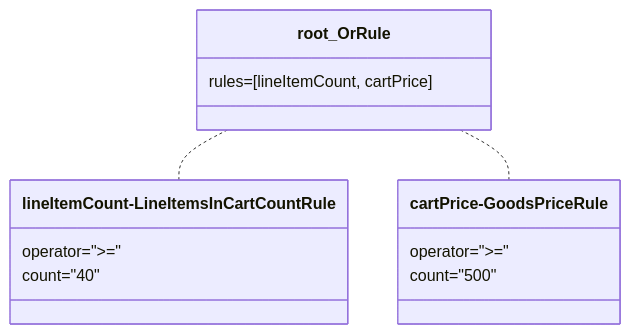
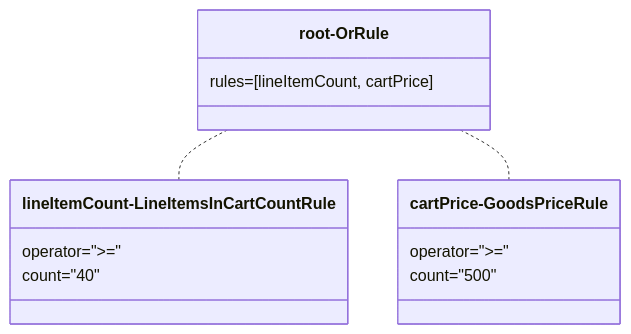
Before and after one commit to shopware/docs: the first of 3 diagrams in concepts/framework/rules.md, drawn with Mermaid. The commit also changed 1 other file, not shown here.

````diff
--- a/concepts/framework/rules.md
+++ b/concepts/framework/rules.md
@@ -42,16 +42,16 @@
 ```mermaid
 classDiagram
-    root_OrRule .. lineItemCount - LineItemsInCartCountRule
-    root_OrRule .. cartPrice - GoodsPriceRule
-    class root_OrRule{
+    root-OrRule .. lineItemCount - LineItemsInCartCountRule
+    root-OrRule .. cartPrice - GoodsPriceRule
+    class root-OrRule{
         rules=[lineItemCount, cartPrice]
     }
     class lineItemCount - LineItemsInCartCountRule{
       operator=">="
       count="40"
     }
     class cartPrice - GoodsPriceRule{
       operator=">="
       count="500"
     }
 ```
````
